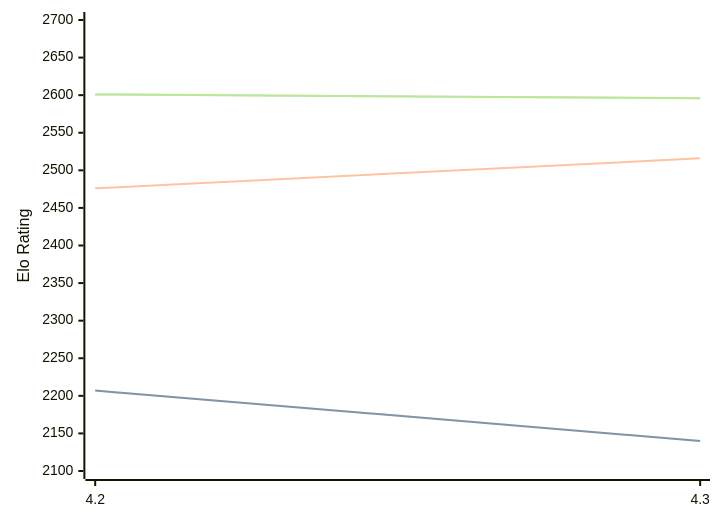
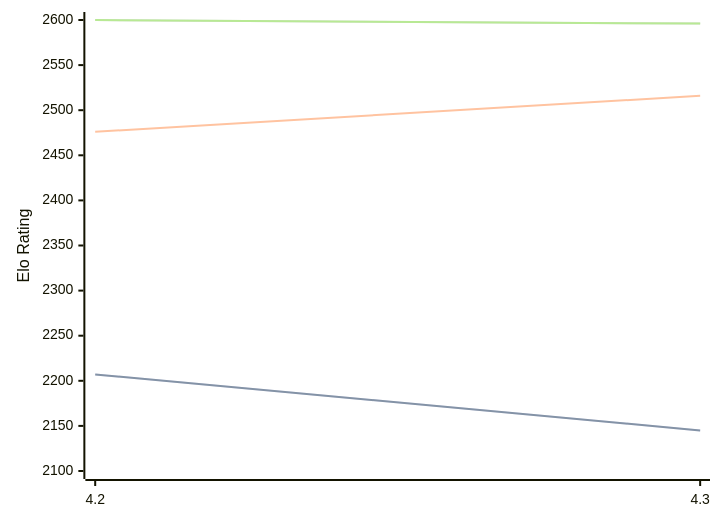
The diagram in engines/Eubos.md (computer-chess-index/cci), drawn with Mermaid before and after one commit. The commit also changed other lines of this file, not shown here.

Commit message:
Update CCI Ratings (ELO VLTC) - 2026-03-01

````diff
--- a/engines/Eubos.md
+++ b/engines/Eubos.md
@@ -86,11 +86,11 @@
 ```mermaid
 %%{init: {"theme":"base","themeVariables":{"seriesColors:['#a3a3a3','#222221','#faa371']}}}%%
 xychart-beta
   x-axis ["4.2", "4.3"]
-  y-axis "Elo Rating" 2100 --> 2700
-  line "STC (8.0+0.08s)" [2207, 2140]
-  line "STC (8.0+0.08s)" [2207, 2140]
+  y-axis "Elo Rating" 2100 --> 2600
+  line "STC (8.0+0.08s)" [2207, 2145]
+  line "STC (8.0+0.08s)" [2207, 2145]
   line "LTC (60.0+0.60s)" [2476, 2516]
-  line "VLTC (2m24s+1.12s)" [2601, 2596]
-  line "VLTC (2m24s+1.12s)" [2601, 2596]
+  line "VLTC (2m24s+1.12s)" [2600, 2596]
+  line "VLTC (2m24s+1.12s)" [2600, 2596]
 ```
````
